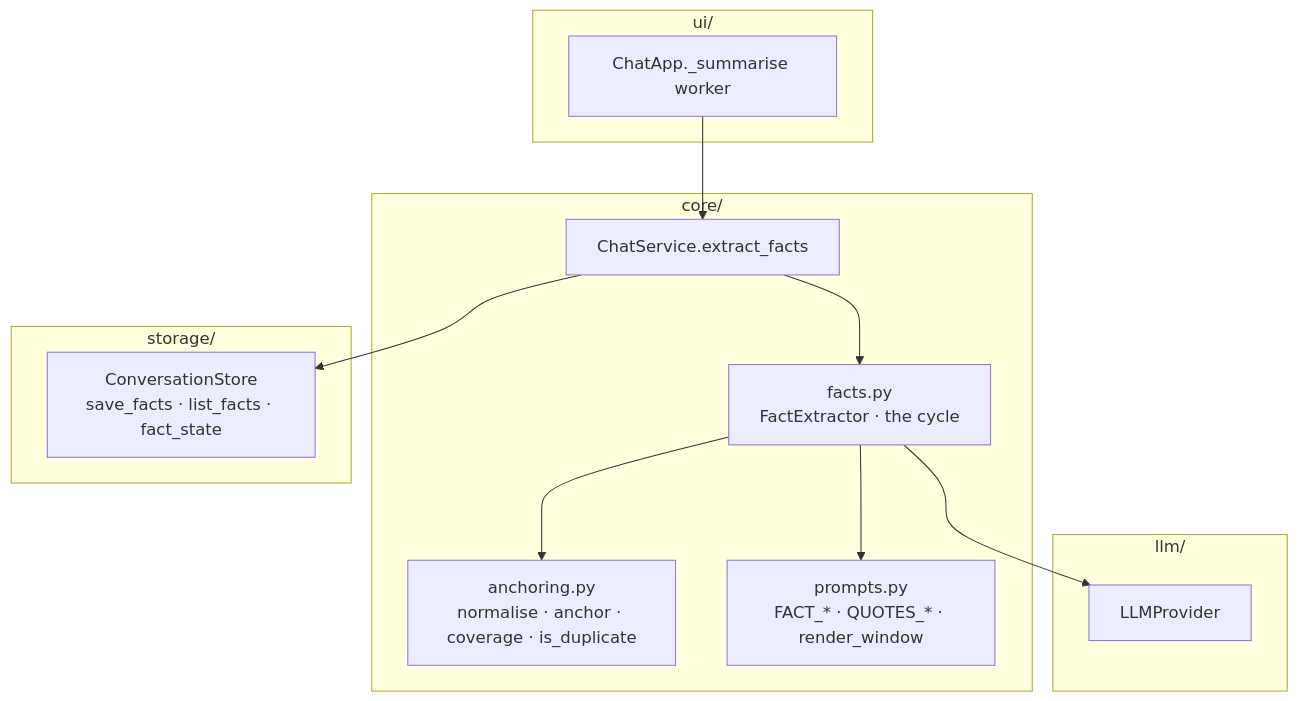
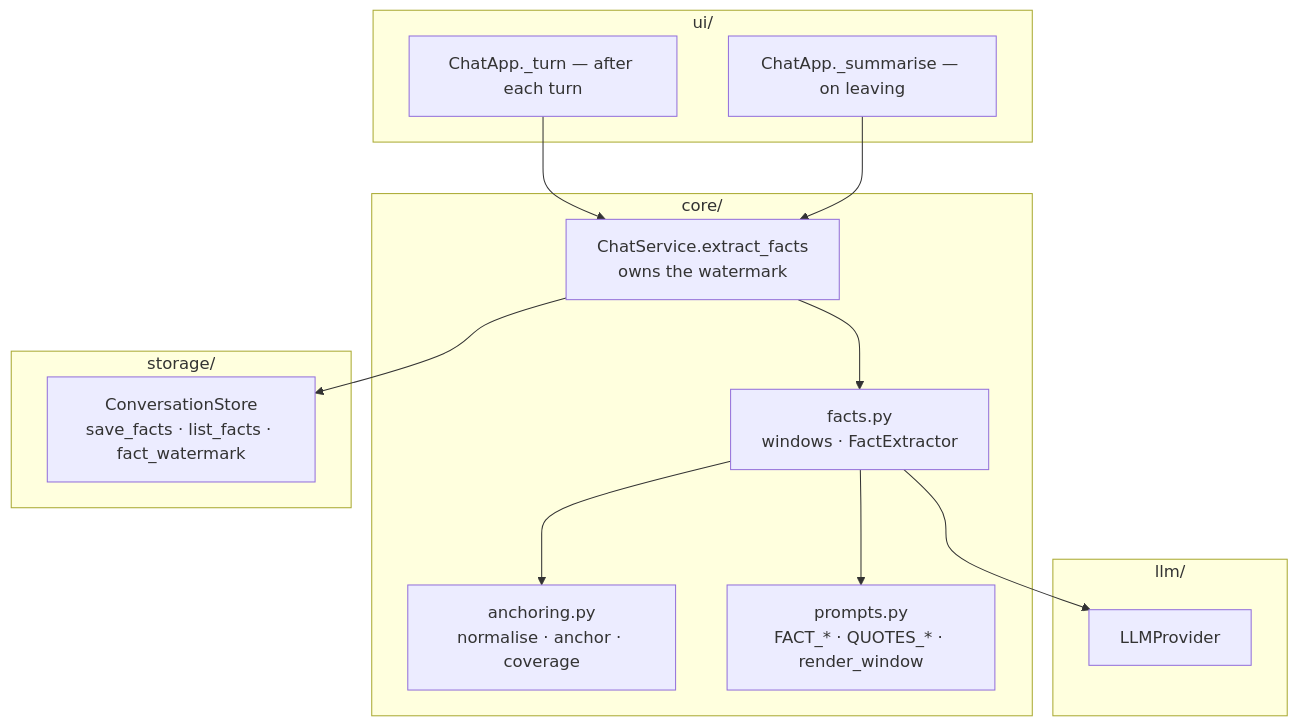
The second of 4 diagrams in docs/plans/2026-08-13-009-feat-grounded-fact-extraction-plan.md (Alorcus/agent_project), drawn with Mermaid before and after one commit. The commit also changed other lines of this file, not shown here.

````diff
--- a/docs/plans/2026-08-13-009-feat-grounded-fact-extraction-plan.md
+++ b/docs/plans/2026-08-13-009-feat-grounded-fact-extraction-plan.md
@@ -327,25 +495,27 @@
 ```mermaid
 flowchart TD
     subgraph ui["ui/"]
-        W["ChatApp._summarise worker"]
+        T["ChatApp._turn — after each turn"]
+        W["ChatApp._summarise — on leaving"]
     end
     subgraph core["core/"]
-        CS["ChatService.extract_facts"]
-        FX["facts.py<br/>FactExtractor · the cycle"]
-        AN["anchoring.py<br/>normalise · anchor · coverage · is_duplicate"]
+        CS["ChatService.extract_facts<br/>owns the watermark"]
+        FX["facts.py<br/>windows · FactExtractor"]
+        AN["anchoring.py<br/>normalise · anchor · coverage"]
         PR["prompts.py<br/>FACT_* · QUOTES_* · render_window"]
     end
     subgraph storage["storage/"]
-        St["ConversationStore<br/>save_facts · list_facts · fact_state"]
+        St["ConversationStore<br/>save_facts · list_facts · fact_watermark"]
     end
     subgraph llm["llm/"]
         P["LLMProvider"]
     end
 
+    T --> CS
     W --> CS
     CS --> FX
     FX --> PR
     FX --> AN
     FX --> P
     CS --> St
 ```
````
